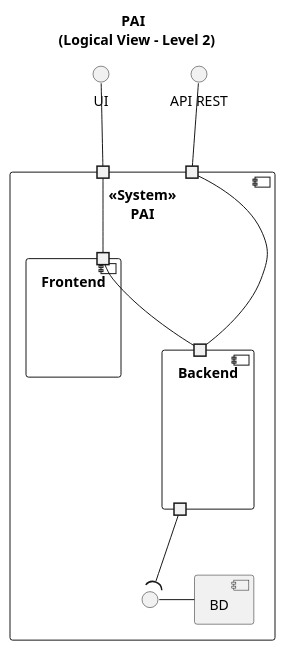
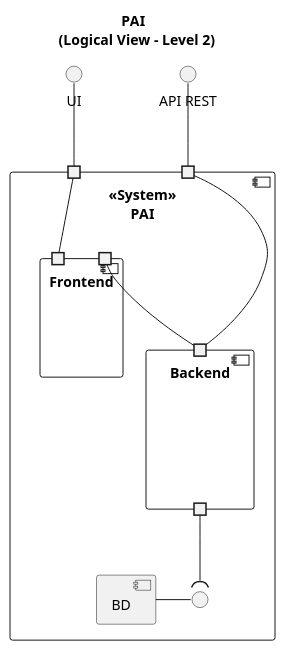
Before and after one commit to GasparISEP/DevOps-PAI: the diagram in docs/Sprint_6/LogicalView/Level2.puml, drawn with PlantUML.

Commit message:
Correction of Logical View lvl2, closes #530

```diff
--- a/docs/Sprint_6/LogicalView/Level2.puml
+++ b/docs/Sprint_6/LogicalView/Level2.puml
@@ -1,40 +1,35 @@
 @startuml
-
 
 title "PAI \n (Logical View - Level 2)"
 
 interface UI
 interface "API REST"
-
 
 component "<<System>>\nPAI" {
   portin " " as p1
   portin " " as p2
   component Backend
   component Frontend
   component BD
   interface " " as I1
-
 }
 
 component Frontend {
 portin " " as p4
+portin " " as p5
 }
 
 component Backend {
-portin " " as p5
-portout " " as p6
+portin " " as p6
+portout " " as p7
 }
 
-
-
-I1 -right- BD
-p5-up- p4
+I1 -left- BD
+p6-up- p5
 p1 -up- UI
 p2 -up- "API REST"
-p2 -down-p5
+p2 -down-p6
 p1 -down-p4
-p6 -down-(I1
-
+p7 -down-(I1
 
 @enduml
```
